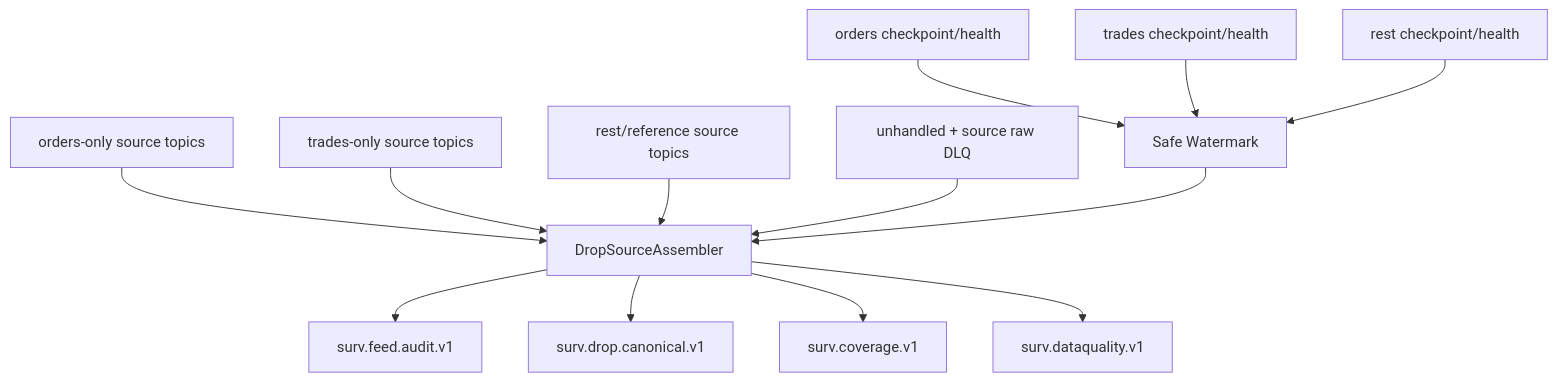
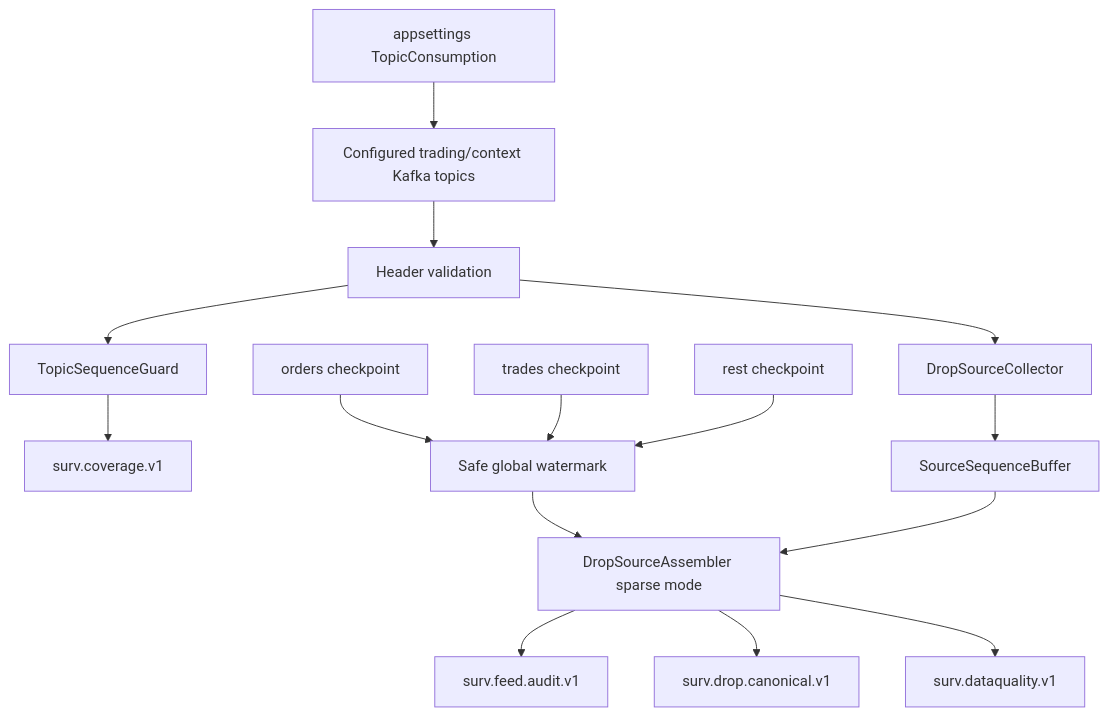
Before and after one commit to adnanelhabashy/surveillance-knowledge-base: the diagram in Market-Surveillance-Full-Plan-Doc-Refrence/Architecture/Implementation-Start/01 - Global Sequence and Feed Continuity.md, drawn with Mermaid. The commit also changed other lines of this file, not shown here.

Commit message:
Align source continuity with trading-only topic profile

````diff
--- a/Market-Surveillance-Full-Plan-Doc-Refrence/Architecture/Implementation-Start/01 - Global Sequence and Feed Continuity.md
+++ b/Market-Surveillance-Full-Plan-Doc-Refrence/Architecture/Implementation-Start/01 - Global Sequence and Feed Continuity.md
@@ -116,17 +110,20 @@
 ```mermaid
 flowchart TB
-    O[orders-only source topics] --> A[DropSourceAssembler]
-    T[trades-only source topics] --> A
-    R[rest/reference source topics] --> A
-    U[unhandled + source raw DLQ] --> A
+    CFG[appsettings TopicConsumption] --> C[Configured trading/context Kafka topics]
+    C --> H[Header validation]
+    H --> TG[TopicSequenceGuard]
+    H --> COL[DropSourceCollector]
 
-    W1[orders checkpoint/health] --> W[Safe Watermark]
-    W2[trades checkpoint/health] --> W
-    W3[rest checkpoint/health] --> W
-    W --> A
+    TG --> COVER[surv.coverage.v1]
+    COL --> BUF[SourceSequenceBuffer]
 
-    A --> AUDIT[surv.feed.audit.v1]
-    A --> CANON[surv.drop.canonical.v1]
-    A --> COV[surv.coverage.v1]
-    A --> DQ[surv.dataquality.v1]
+    W1[orders checkpoint] --> WM[Safe global watermark]
+    W2[trades checkpoint] --> WM
+    W3[rest checkpoint] --> WM
+    WM --> ASM[DropSourceAssembler sparse mode]
+    BUF --> ASM
+
+    ASM --> AUDIT[surv.feed.audit.v1]
+    ASM --> CANON[surv.drop.canonical.v1]
+    ASM --> DQ[surv.dataquality.v1]
 ```
````
